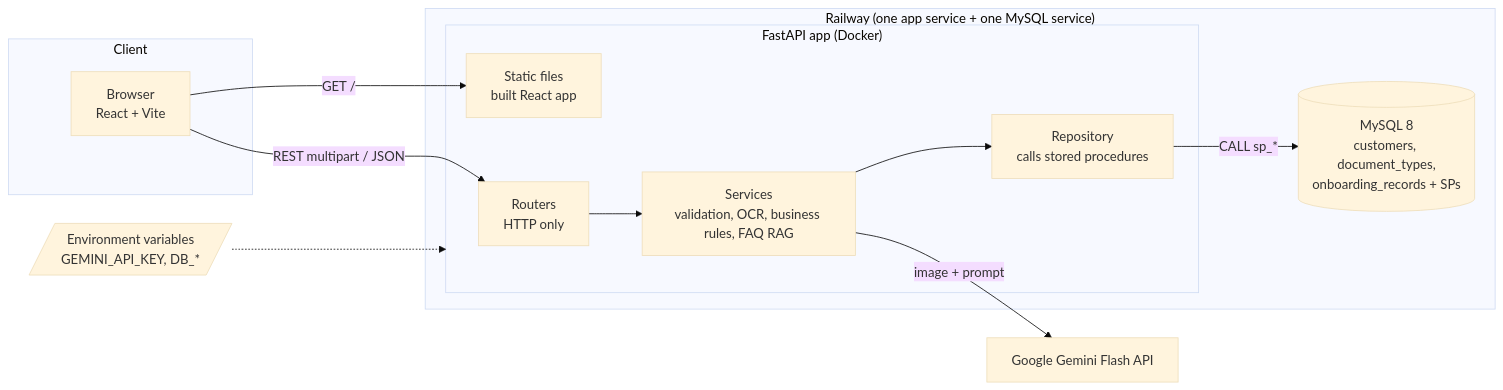
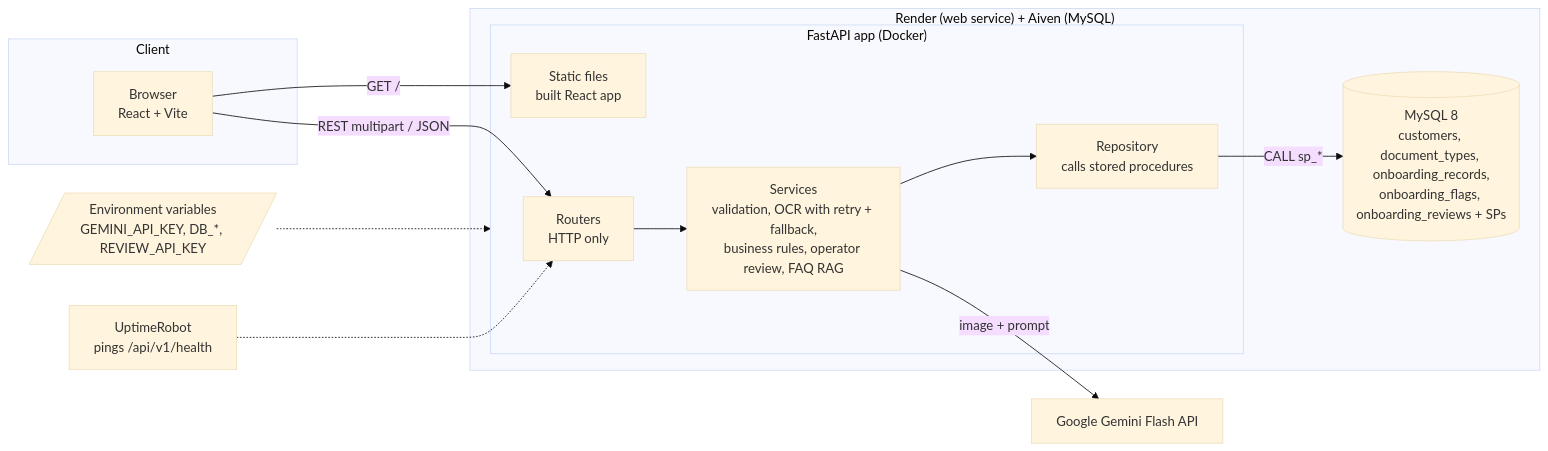
The diagram in docs/diagrams/architecture.mmd (rosalesdev928/mini-kyc), drawn with Mermaid (base theme) before and after one commit. The commit also changed 58 other files, not shown here.

Commit message:
docs: update README, diagrams, mockup and defense notes

```diff
--- a/docs/diagrams/architecture.mmd
+++ b/docs/diagrams/architecture.mmd
@@ -1,22 +1,23 @@
 flowchart LR
     subgraph Client
         B[Browser<br/>React + Vite]
     end
-    subgraph Railway["Railway (one app service + one MySQL service)"]
+    subgraph Cloud["Render (web service) + Aiven (MySQL)"]
         subgraph App["FastAPI app (Docker)"]
             R[Routers<br/>HTTP only]
-            S[Services<br/>validation, OCR, business rules, FAQ RAG]
+            S[Services<br/>validation, OCR with retry + fallback,<br/>business rules, operator review, FAQ RAG]
             P[Repository<br/>calls stored procedures]
             ST[Static files<br/>built React app]
         end
-        D[(MySQL 8<br/>customers, document_types,<br/>onboarding_records + SPs)]
+        D[(MySQL 8<br/>customers, document_types, onboarding_records,<br/>onboarding_flags, onboarding_reviews + SPs)]
     end
     G[Google Gemini Flash API]
 
     B -->|GET /| ST
     B -->|REST multipart / JSON| R
     R --> S
     S --> P
     P -->|CALL sp_*| D
     S -->|image + prompt| G
-    ENV[/Environment variables<br/>GEMINI_API_KEY, DB_*/] -.-> App
+    ENV[/Environment variables<br/>GEMINI_API_KEY, DB_*, REVIEW_API_KEY/] -.-> App
+    UP[UptimeRobot<br/>pings /api/v1/health] -.-> R
```
